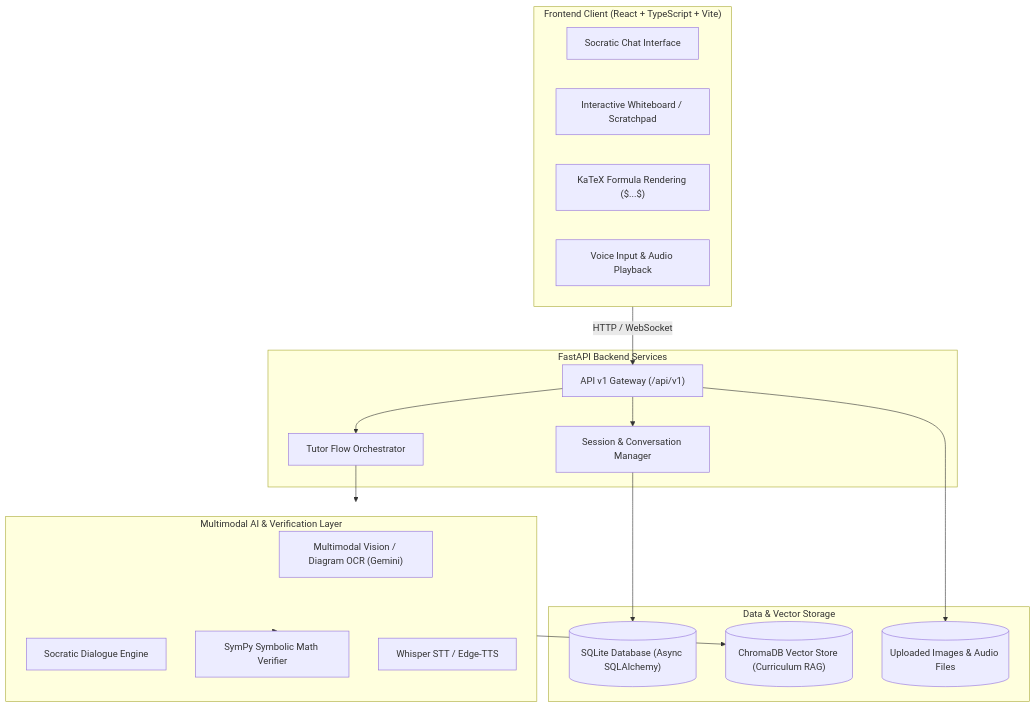
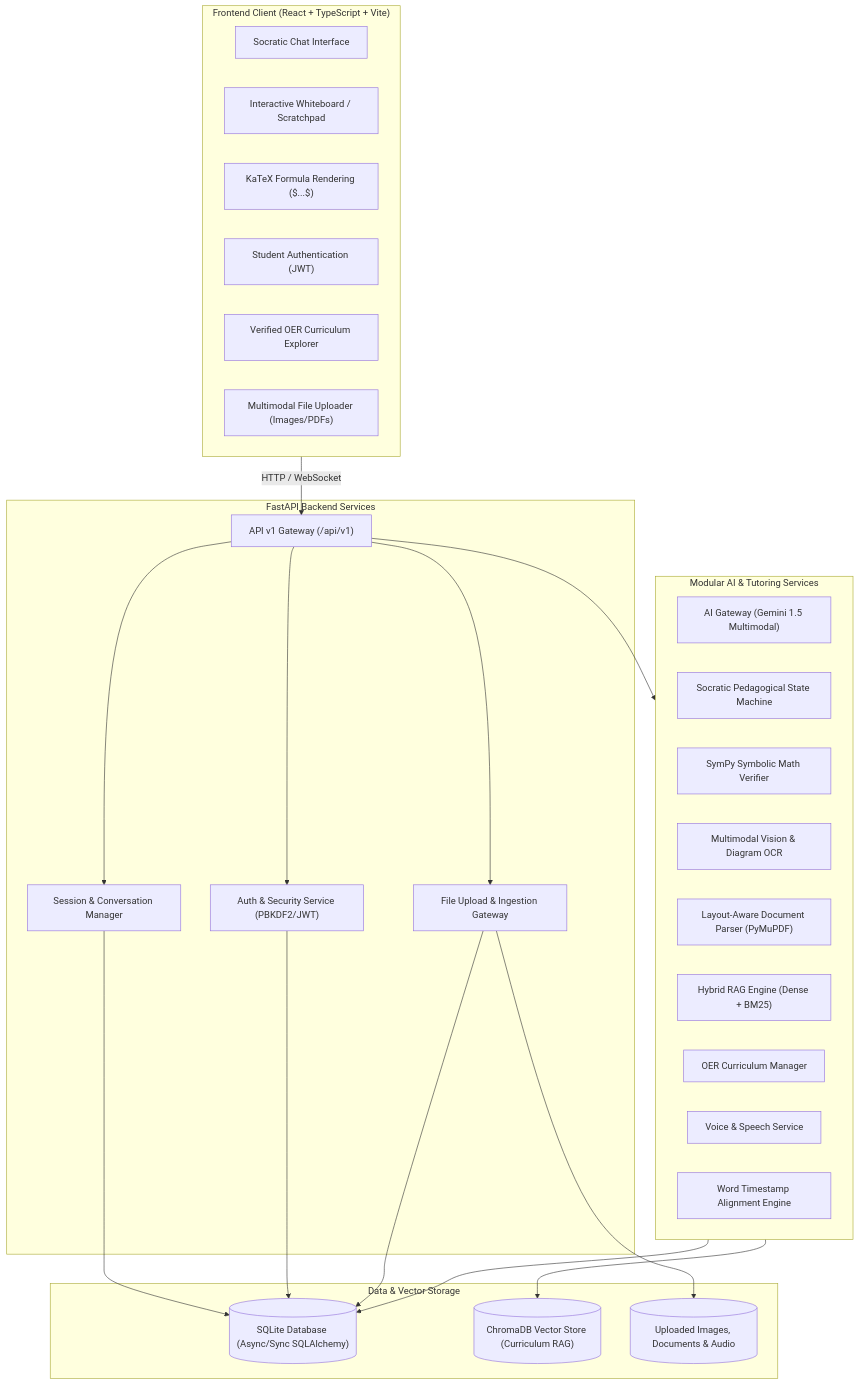
The diagram in README.md (kush2811/education-tutor), drawn with Mermaid before and after one commit. The commit also changed other lines of this file and 59 other files, not shown here.

Commit message:
feat: complete Phase 1 project setup, foundation, auth, uploads, and modular services

````diff
--- a/README.md
+++ b/README.md
@@ -9,37 +9,48 @@
 ```mermaid
 flowchart TD
     subgraph Client ["Frontend Client (React + TypeScript + Vite)"]
         ChatUI["Socratic Chat Interface"]
         CanvasUI["Interactive Whiteboard / Scratchpad"]
         MathEngine["KaTeX Formula Rendering ($...$)"]
-        AudioUI["Voice Input & Audio Playback"]
+        AuthUI["Student Authentication (JWT)"]
+        CurriculumUI["Verified OER Curriculum Explorer"]
+        UploadUI["Multimodal File Uploader (Images/PDFs)"]
     end
 
     subgraph API_Gateway ["FastAPI Backend Services"]
         Router["API v1 Gateway (/api/v1)"]
+        AuthModule["Auth & Security Service (PBKDF2/JWT)"]
         SessionMgr["Session & Conversation Manager"]
-        Orchestrator["Tutor Flow Orchestrator"]
+        IngestRouter["File Upload & Ingestion Gateway"]
     end
 
-    subgraph AI_Core ["Multimodal AI & Verification Layer"]
-        VisionOCR["Multimodal Vision / Diagram OCR (Gemini)"]
-        SocraticTutor["Socratic Dialogue Engine"]
-        SymPyEngine["SymPy Symbolic Math Verifier"]
-        VoiceEngine["Whisper STT / Edge-TTS"]
+    subgraph Modular_Services ["Modular AI & Tutoring Services"]
+        AIGateway["AI Gateway (Gemini 1.5 Multimodal)"]
+        SocraticEngine["Socratic Pedagogical State Machine"]
+        SymPyVerifier["SymPy Symbolic Math Verifier"]
+        VisionOCR["Multimodal Vision & Diagram OCR"]
+        DocParser["Layout-Aware Document Parser (PyMuPDF)"]
+        RAGEngine["Hybrid RAG Engine (Dense + BM25)"]
+        KnowledgeBase["OER Curriculum Manager"]
+        VoiceService["Voice & Speech Service"]
+        SubtitleAligner["Word Timestamp Alignment Engine"]
     end
 
     subgraph Persistence ["Data & Vector Storage"]
-        SQLiteDB[("SQLite Database (Async SQLAlchemy)")]
+        SQLiteDB[("SQLite Database (Async/Sync SQLAlchemy)")]
         VectorStore[("ChromaDB Vector Store (Curriculum RAG)")]
-        AssetStorage[("Uploaded Images & Audio Files")]
+        AssetStorage[("Uploaded Images, Documents & Audio")]
     end
 
     Client -->|HTTP / WebSocket| Router
+    Router --> AuthModule
     Router --> SessionMgr
-    Router --> Orchestrator
-    Orchestrator --> AI_Core
+    Router --> IngestRouter
+    Router --> Modular_Services
     SessionMgr --> SQLiteDB
-    AI_Core --> SymPyEngine
-    AI_Core --> VectorStore
-    Router --> AssetStorage
+    AuthModule --> SQLiteDB
+    IngestRouter --> AssetStorage
+    IngestRouter --> SQLiteDB
+    Modular_Services --> SQLiteDB
+    Modular_Services --> VectorStore
 ```
````
